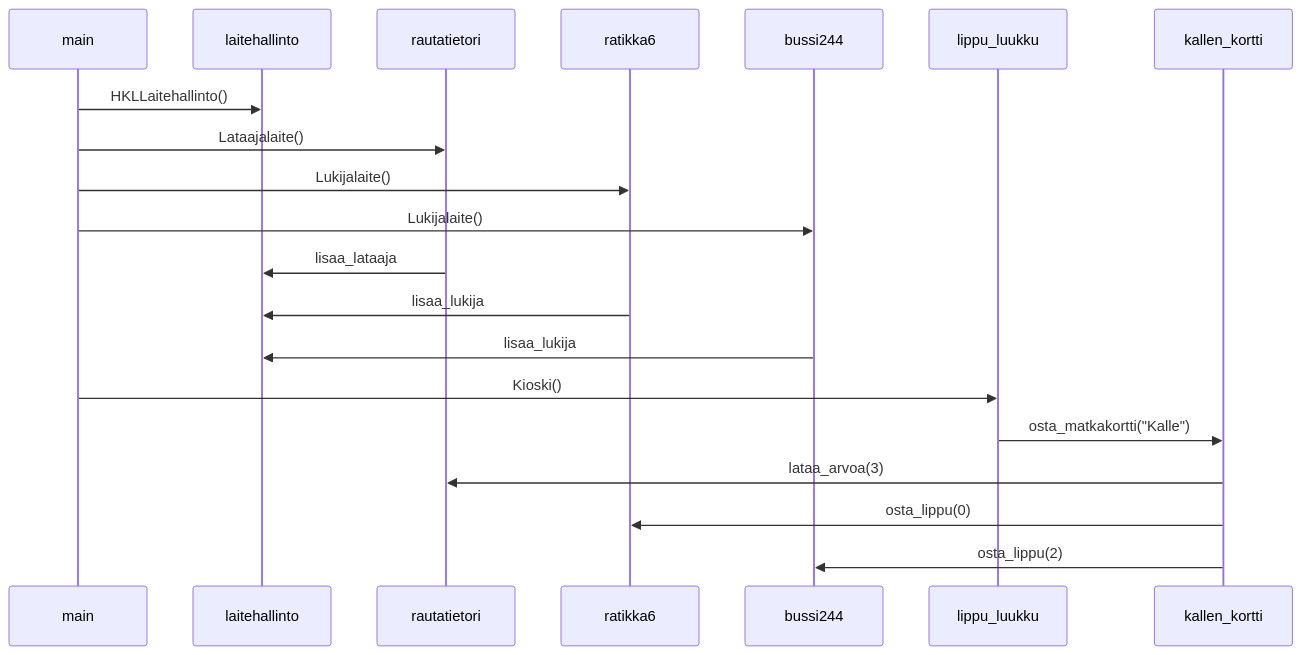
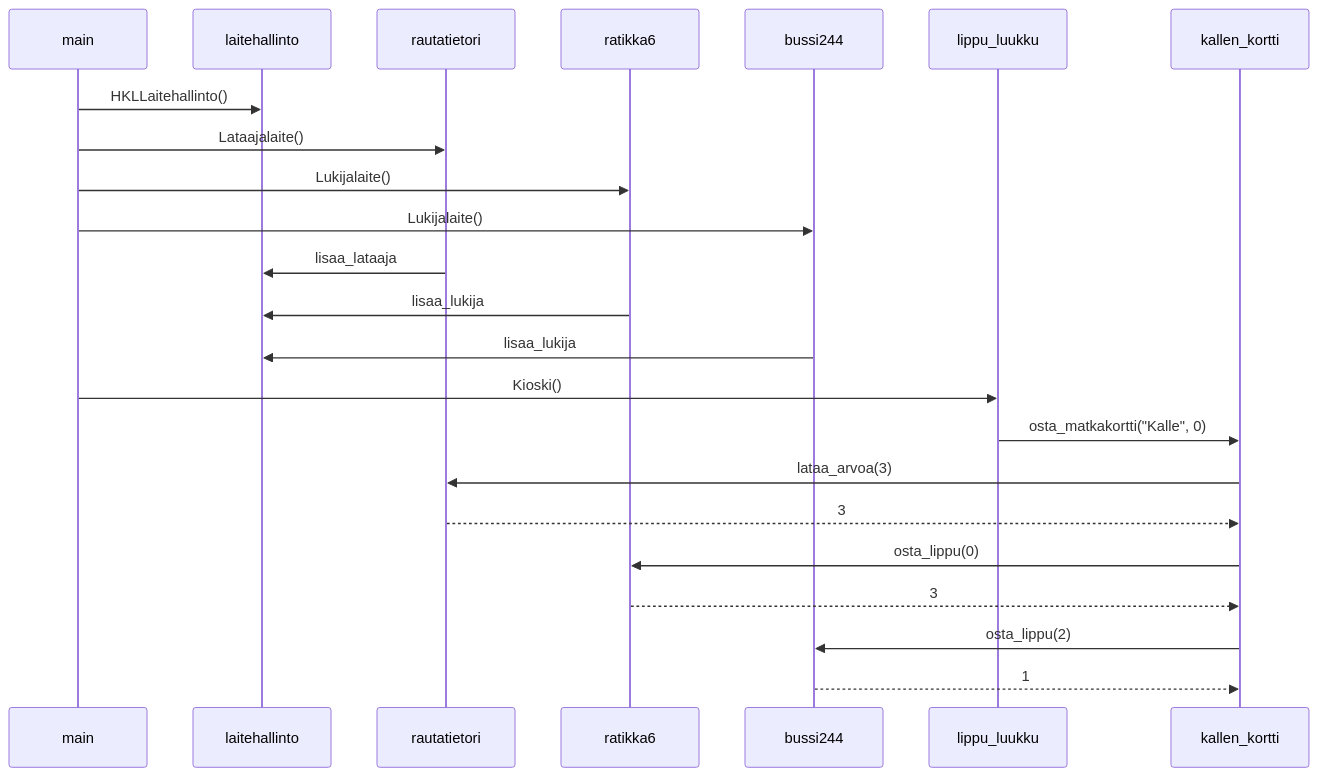
Before and after one commit to Karstonner/ot-harjoitustyo: the diagram in laskarit/viikko3/sekvenssikaavio.md, drawn with Mermaid.

Commit message:
Enemmän yksityiskohtia

````diff
--- a/laskarit/viikko3/sekvenssikaavio.md
+++ b/laskarit/viikko3/sekvenssikaavio.md
@@ -1,15 +1,18 @@
 ```mermaid
 sequenceDiagram
 	main->>laitehallinto: HKLLaitehallinto()
 	main->>rautatietori: Lataajalaite()
 	main->>ratikka6: Lukijalaite()
 	main->>bussi244: Lukijalaite()
 	rautatietori->>laitehallinto: lisaa_lataaja
 	ratikka6->>laitehallinto: lisaa_lukija
 	bussi244->>laitehallinto: lisaa_lukija
 	main->>lippu_luukku: Kioski()
-	lippu_luukku->>kallen_kortti: osta_matkakortti("Kalle")
+	lippu_luukku->>kallen_kortti: osta_matkakortti("Kalle", 0)
 	kallen_kortti->>rautatietori: lataa_arvoa(3)
+	rautatietori-->>kallen_kortti: 3
 	kallen_kortti->>ratikka6: osta_lippu(0)
+	ratikka6-->>kallen_kortti: 3
 	kallen_kortti->>bussi244: osta_lippu(2)
+	bussi244-->>kallen_kortti: 1
 ```
````
